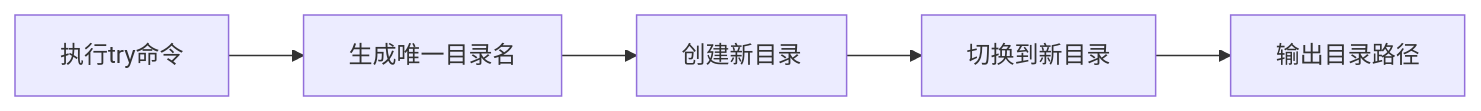
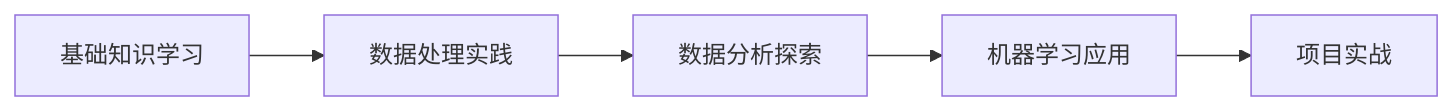
The eighth of 8 diagrams in reports/2026/01/2026-01-21.md (wayyoungboy/github-trending-reporter), drawn with Mermaid before and after one commit. The commit also changed other lines of this file and 1 other file, not shown here.

````diff
--- a/reports/2026/01/2026-01-21.md
+++ b/reports/2026/01/2026-01-21.md
@@ -366,7 +423,7 @@
 ```mermaid
 graph LR
-    A[执行try命令] --> B[生成唯一目录名]
-    B --> C[创建新目录]
-    C --> D[切换到新目录]
-    D --> E[输出目录路径]
+    A[基础知识学习] --> B[数据处理实践]
+    B --> C[数据分析探索]
+    C --> D[机器学习应用]
+    D --> E[项目实战]
 ```
````
